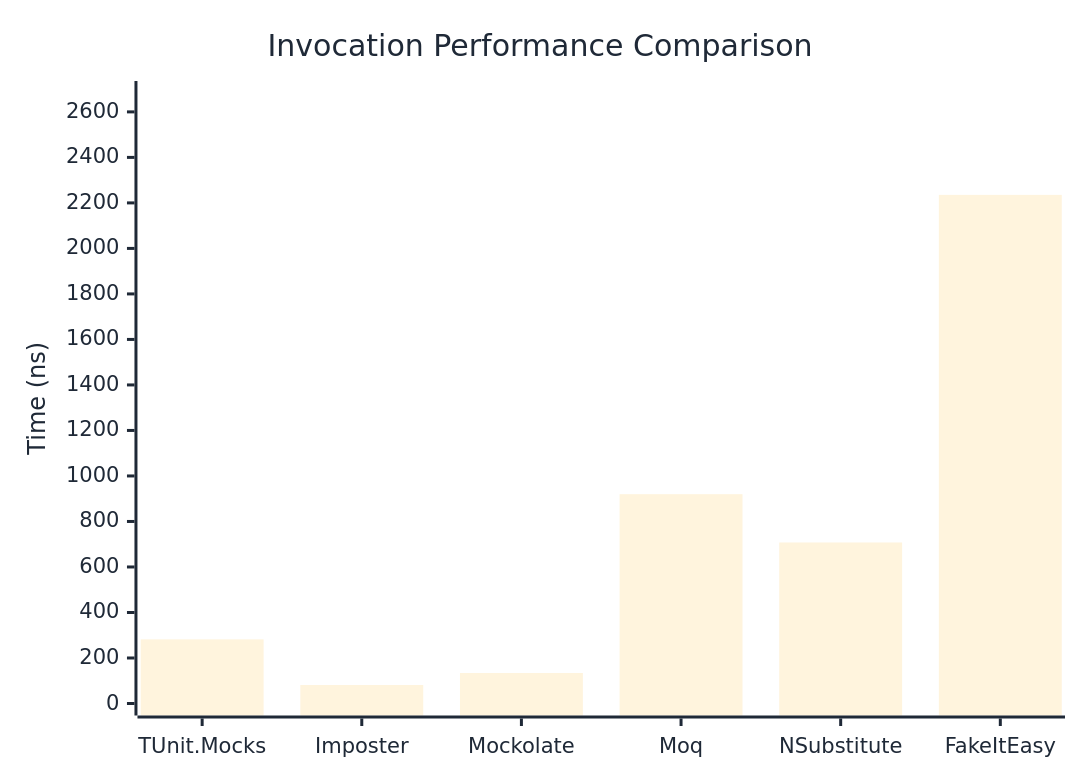
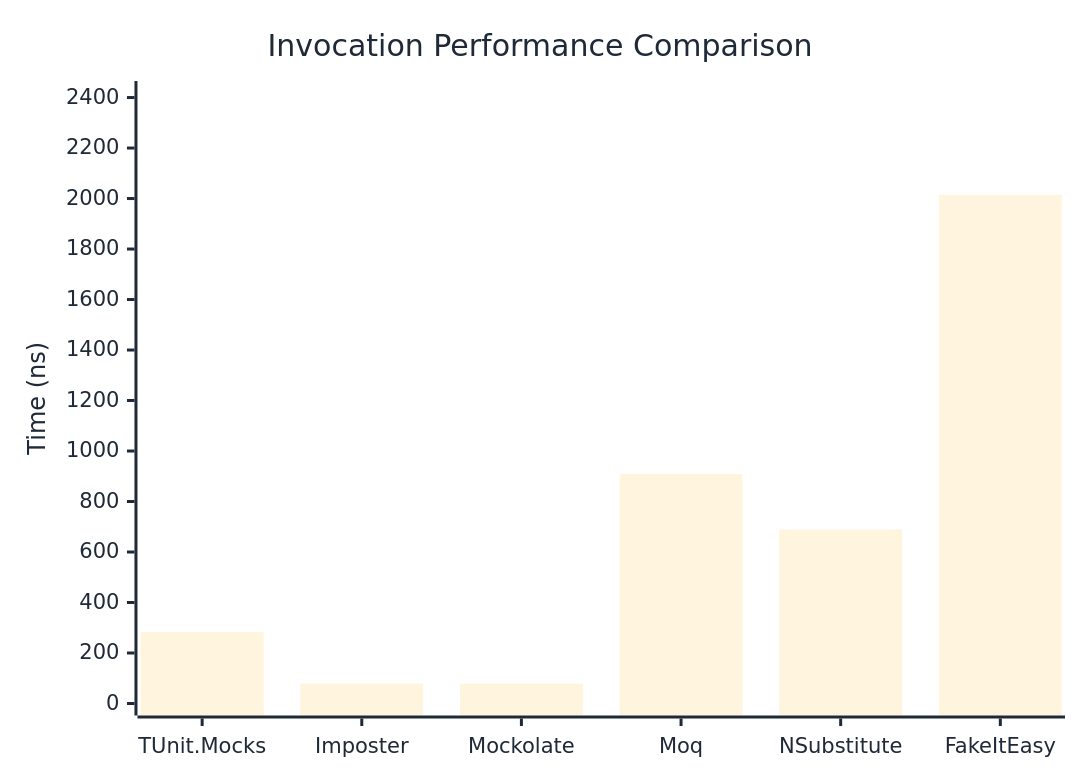
Before and after one commit to thomhurst/TUnit: the first of 3 diagrams in docs/docs/benchmarks/mocks/Invocation.md, drawn with Mermaid. The commit also changed other lines of this file and 14 other files, not shown here.

````diff
--- a/docs/docs/benchmarks/mocks/Invocation.md
+++ b/docs/docs/benchmarks/mocks/Invocation.md
@@ -30,27 +30,27 @@
 ```mermaid
 %%{init: {
   'theme':'base',
   'themeVariables': {
     'primaryColor': '#2563eb',
     'primaryTextColor': '#1f2937',
     'primaryBorderColor': '#1e40af',
     'lineColor': '#6b7280',
     'secondaryColor': '#7c3aed',
     'tertiaryColor': '#dc2626',
     'background': '#ffffff',
     'pie1': '#2563eb',
     'pie2': '#7c3aed',
     'pie3': '#dc2626',
     'pie4': '#f59e0b',
     'pie5': '#10b981',
     'pie6': '#06b6d4',
     'pie7': '#ec4899',
     'pie8': '#6366f1'
   }
 }}%%
 xychart-beta
   title "Invocation Performance Comparison"
   x-axis ["TUnit.Mocks", "Imposter", "Mockolate", "Moq", "NSubstitute", "FakeItEasy"]
-  y-axis "Time (ns)" 0 --> 2683
-  bar [281.88, 81.41, 134.01, 919.86, 707.6, 2235.24]
+  y-axis "Time (ns)" 0 --> 2418
+  bar [282.52, 79.14, 78.49, 909.17, 688.53, 2014.7]
 ```
````
